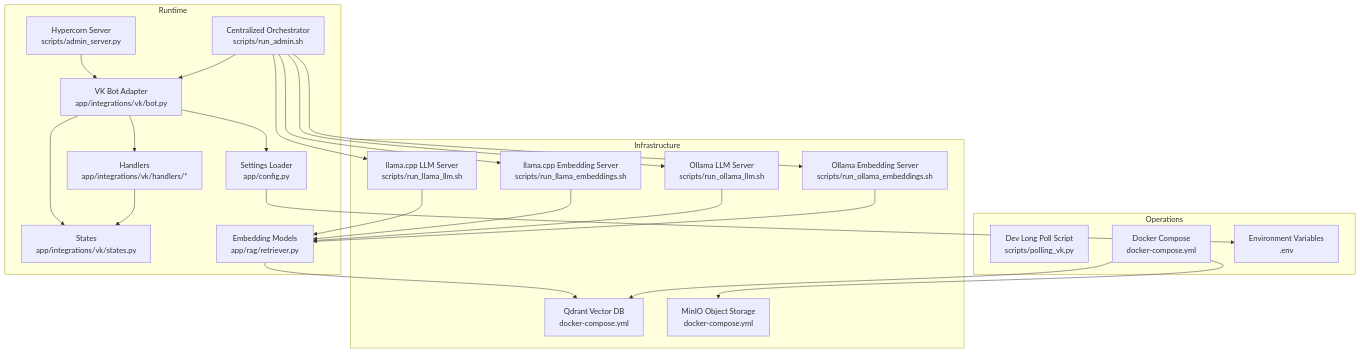
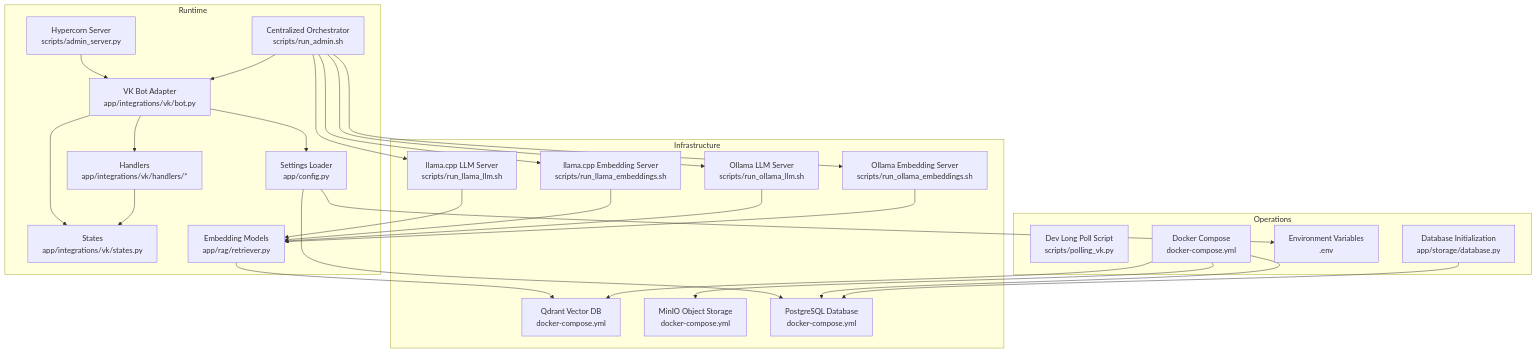
Before and after one commit to ognelis/cafetera_hr_bot: the first of 16 diagrams in .qoder/repowiki/en/content/Deployment and Operations.md, drawn with Mermaid. The commit also changed other lines of this file and 13 other files, not shown here.

````diff
--- a/.qoder/repowiki/en/content/Deployment and Operations.md
+++ b/.qoder/repowiki/en/content/Deployment and Operations.md
@@ -63,43 +69,48 @@
 ```mermaid
 graph TB
 subgraph "Runtime"
 VKBot["VK Bot Adapter<br/>app/integrations/vk/bot.py"]
 Handlers["Handlers<br/>app/integrations/vk/handlers/*"]
 States["States<br/>app/integrations/vk/states.py"]
 Config["Settings Loader<br/>app/config.py"]
 Embeddings["Embedding Models<br/>app/rag/retriever.py"]
 Hypercorn["Hypercorn Server<br/>scripts/admin_server.py"]
 Orchestrator["Centralized Orchestrator<br/>scripts/run_admin.sh"]
 end
 subgraph "Infrastructure"
 Qdrant["Qdrant Vector DB<br/>docker-compose.yml"]
 MinIO["MinIO Object Storage<br/>docker-compose.yml"]
+PostgreSQL["PostgreSQL Database<br/>docker-compose.yml"]
 LlamaLLM["llama.cpp LLM Server<br/>scripts/run_llama_llm.sh"]
 LlamaEmbed["llama.cpp Embedding Server<br/>scripts/run_llama_embeddings.sh"]
 OllamaLLM["Ollama LLM Server<br/>scripts/run_ollama_llm.sh"]
 OllamaEmbed["Ollama Embedding Server<br/>scripts/run_ollama_embeddings.sh"]
 end
 subgraph "Operations"
 DevPoll["Dev Long Poll Script<br/>scripts/polling_vk.py"]
 Compose["Docker Compose<br/>docker-compose.yml"]
 Env["Environment Variables<br/>.env"]
+DBInit["Database Initialization<br/>app/storage/database.py"]
 end
 VKBot --> Handlers
 VKBot --> States
 VKBot --> Config
 Handlers --> States
 Embeddings --> Qdrant
 Config --> Env
+Config --> PostgreSQL
 LlamaLLM --> Embeddings
 LlamaEmbed --> Embeddings
 OllamaLLM --> Embeddings
 OllamaEmbed --> Embeddings
 Compose --> Qdrant
 Compose --> MinIO
+Compose --> PostgreSQL
 Hypercorn --> VKBot
 Orchestrator --> VKBot
 Orchestrator --> LlamaLLM
 Orchestrator --> LlamaEmbed
 Orchestrator --> OllamaLLM
 Orchestrator --> OllamaEmbed
+DBInit --> PostgreSQL
 ```
````
